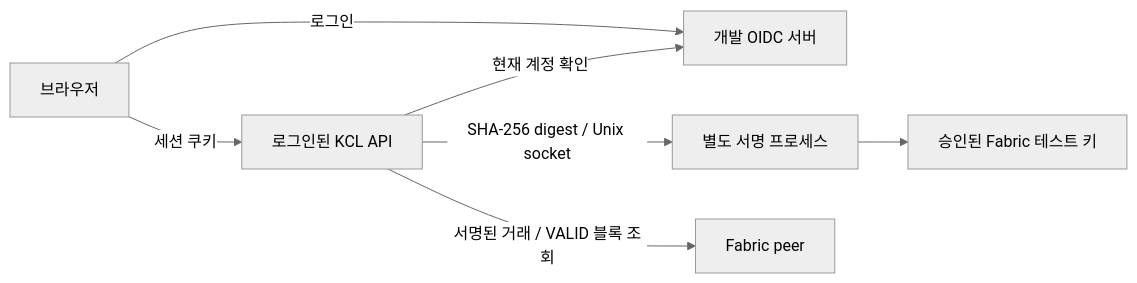
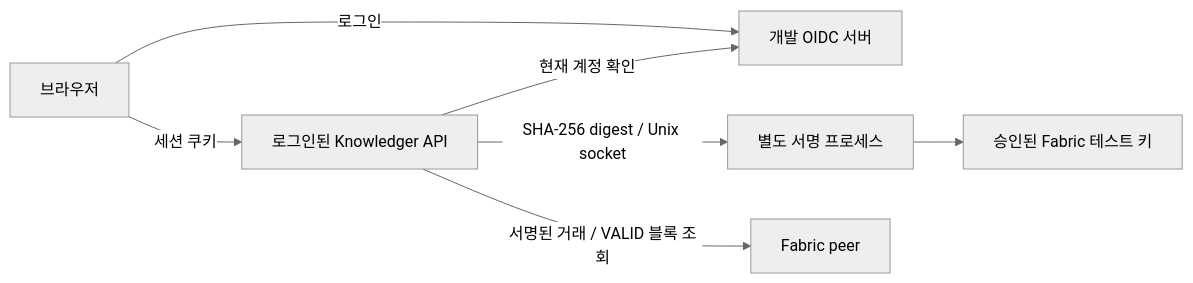
Before and after one commit to ictechgy/knowledger: the diagram in docs/13-DEVELOPMENT-LOGIN.md, drawn with Mermaid (neutral theme). The commit also changed 96 other files, not shown here.

````diff
--- a/docs/13-DEVELOPMENT-LOGIN.md
+++ b/docs/13-DEVELOPMENT-LOGIN.md
@@ -35,9 +35,9 @@
 ```mermaid
 flowchart LR
     Browser[브라우저] -->|로그인| IdP[개발 OIDC 서버]
-    Browser -->|세션 쿠키| API[로그인된 KCL API]
+    Browser -->|세션 쿠키| API[로그인된 Knowledger API]
     API -->|현재 계정 확인| IdP
     API -->|SHA-256 digest / Unix socket| Signer[별도 서명 프로세스]
     Signer --> Keys[승인된 Fabric 테스트 키]
     API -->|서명된 거래 / VALID 블록 조회| Fabric[Fabric peer]
 ```
````
